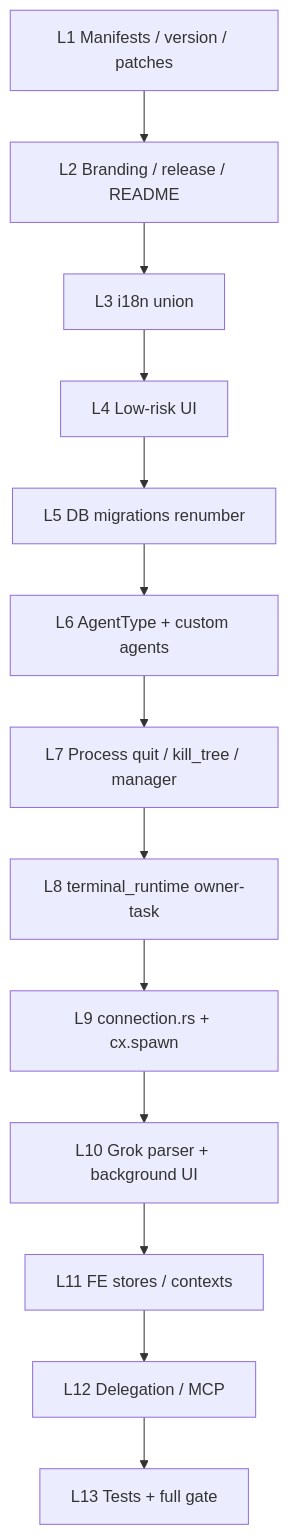
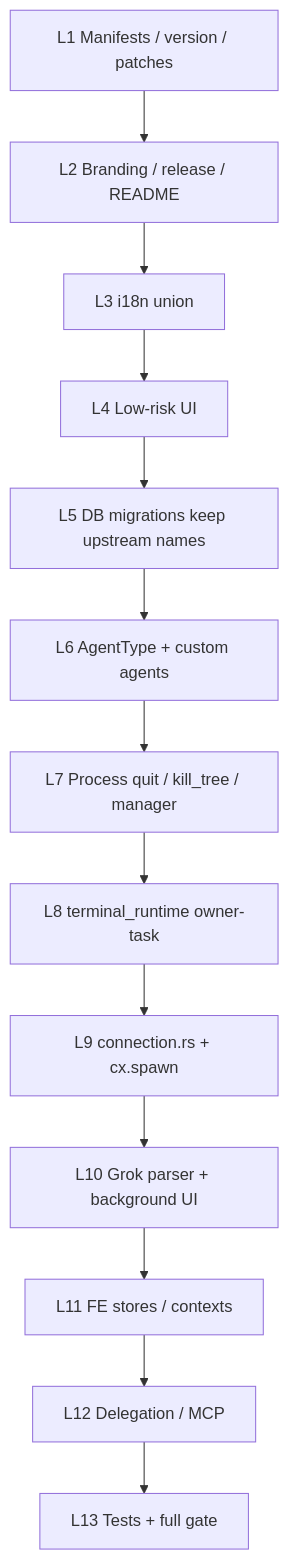
One commit to icannotwait/MyCodeBuddy changed the second of 4 diagrams in docs/superpowers/specs/2026-07-31-upstream-0.22.2-sync-design.md. Above: the diagram before and after it, drawn with Mermaid. The commit also changed other lines of this file and 4 other files, not shown here.

````diff
--- a/docs/superpowers/specs/2026-07-31-upstream-0.22.2-sync-design.md
+++ b/docs/superpowers/specs/2026-07-31-upstream-0.22.2-sync-design.md
@@ -262,15 +295,15 @@
 ```mermaid
 flowchart TD
   L1[L1 Manifests / version / patches] --> L2[L2 Branding / release / README]
   L2 --> L3[L3 i18n union]
   L3 --> L4[L4 Low-risk UI]
-  L4 --> L5[L5 DB migrations renumber]
+  L4 --> L5[L5 DB migrations keep upstream names]
   L5 --> L6[L6 AgentType + custom agents]
   L6 --> L7[L7 Process quit / kill_tree / manager]
   L7 --> L8[L8 terminal_runtime owner-task]
   L8 --> L9[L9 connection.rs + cx.spawn]
   L9 --> L10[L10 Grok parser + background UI]
   L10 --> L11[L11 FE stores / contexts]
   L11 --> L12[L12 Delegation / MCP]
   L12 --> L13[L13 Tests + full gate]
 ```
````
